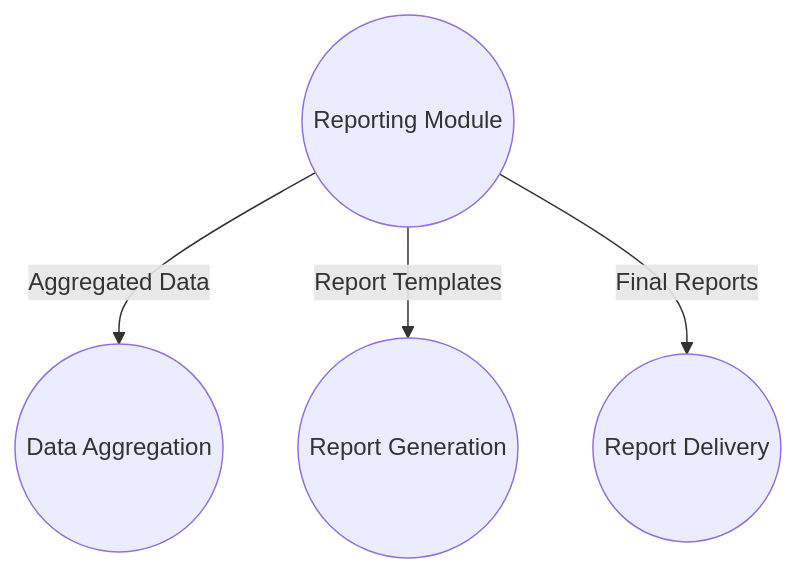
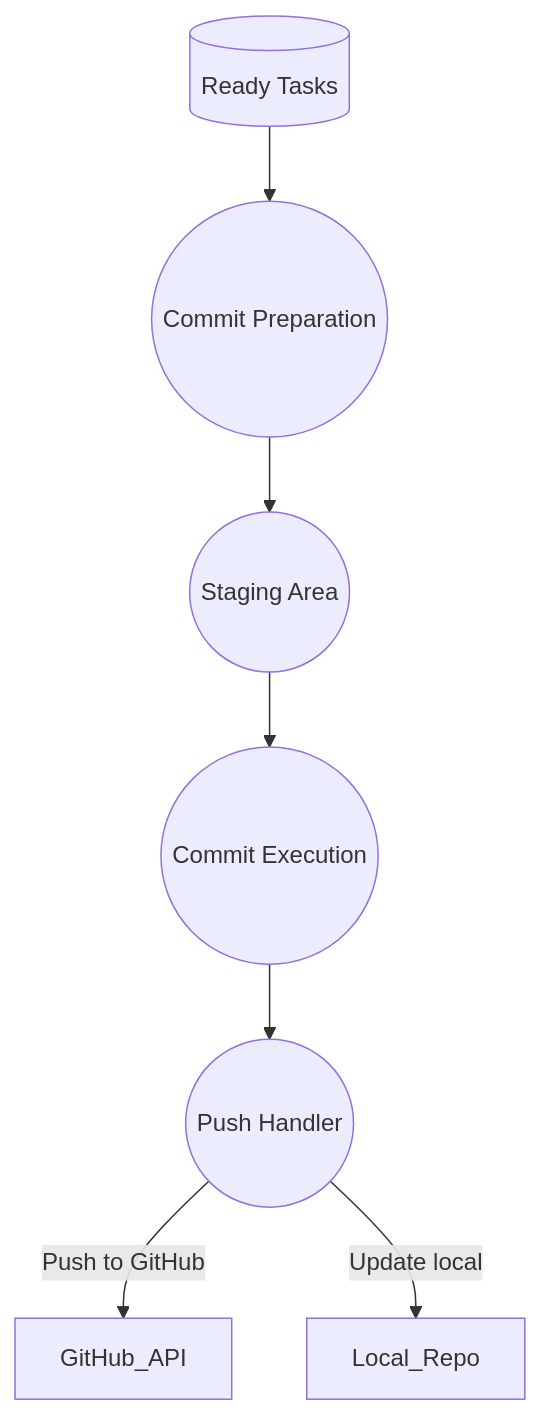
One commit to Shakour-Data/AutoProjectManagement changed the seventh of 7 diagrams in Docs/entire_project/DFD_Diagrams.md. Above: the diagram before and after it, drawn with Mermaid. The commit also changed other lines of this file, not shown here.

````diff
--- a/Docs/entire_project/DFD_Diagrams.md
+++ b/Docs/entire_project/DFD_Diagrams.md
@@ -422,11 +219,17 @@
 ```mermaid
 graph TD
-    Reporting((Reporting Module))
-    DataAggregation((Data Aggregation))
-    ReportGeneration((Report Generation))
-    ReportDelivery((Report Delivery))
-
-    Reporting -->|Aggregated Data| DataAggregation
-    Reporting -->|Report Templates| ReportGeneration
-    Reporting -->|Final Reports| ReportDelivery
+    Ready_Tasks[(Ready Tasks)]
+    
+    Commit_Prep((Commit Preparation))
+    Staging_Area((Staging Area))
+    Commit_Execute((Commit Execution))
+    Push_Handler((Push Handler))
+    
+    Ready_Tasks --> Commit_Prep
+    Commit_Prep --> Staging_Area
+    Staging_Area --> Commit_Execute
+    Commit_Execute --> Push_Handler
+    
+    Push_Handler -->|Push to GitHub| GitHub_API
+    Push_Handler -->|Update local| Local_Repo
 ```
````
